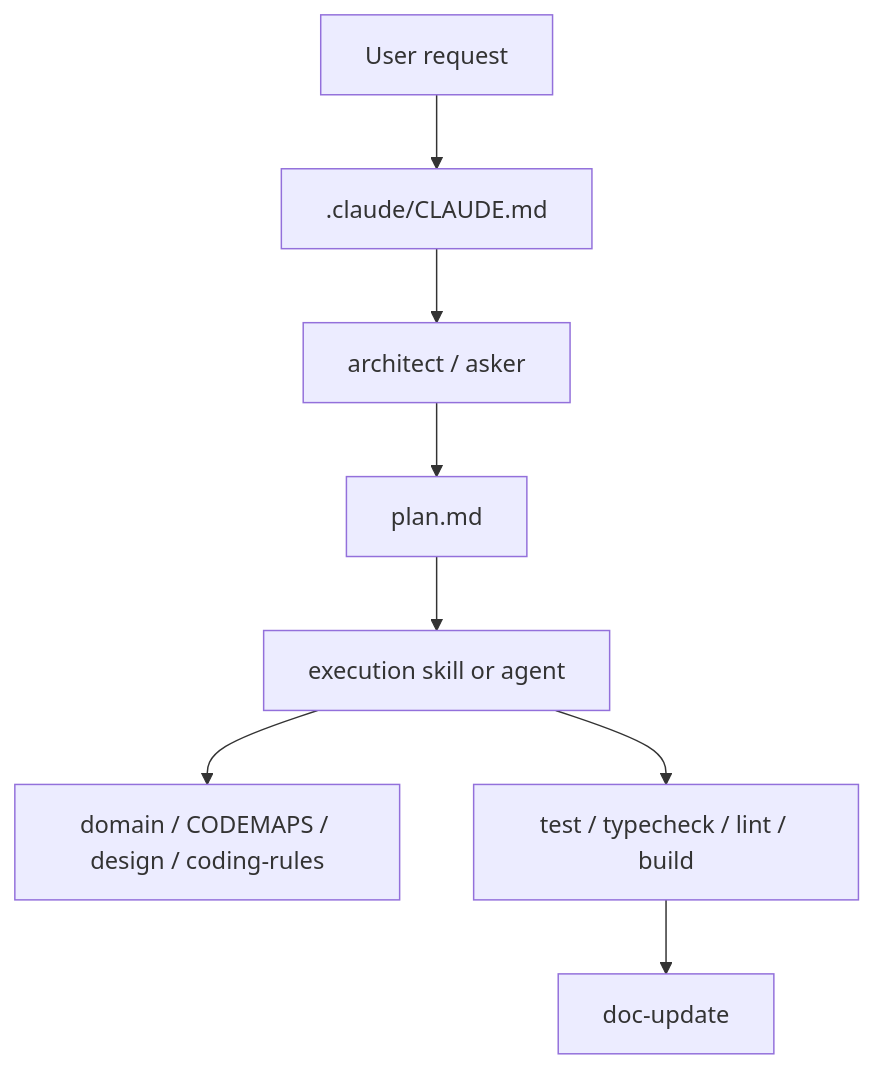
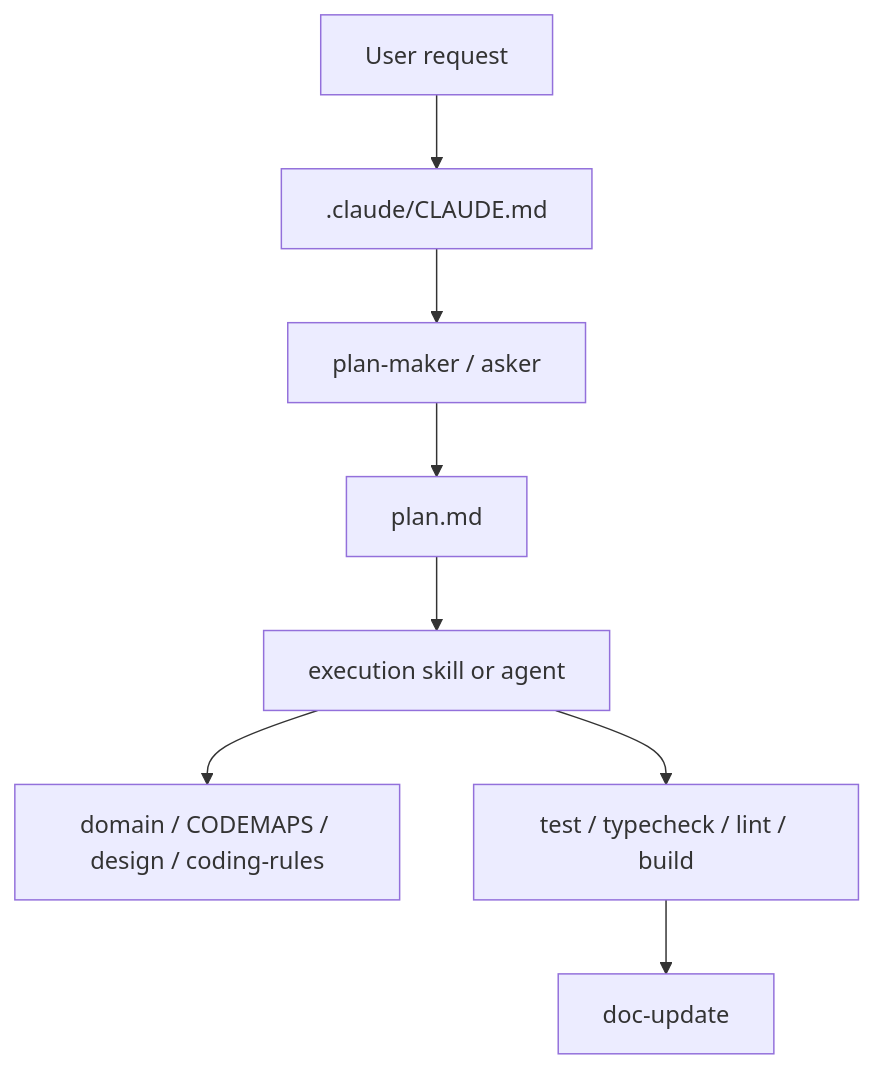
The fourth of 14 diagrams in docs/claude-code-workflow-evolution.md (SeoJaeWan/try-claude-code), drawn with Mermaid before and after one commit. The commit also changed other lines of this file and 25 other files, not shown here.

Commit message:
refactor(planning): rename architect skill to plan-maker

````diff
--- a/docs/claude-code-workflow-evolution.md
+++ b/docs/claude-code-workflow-evolution.md
@@ -189,19 +189,19 @@
 ```mermaid
 flowchart TD
     U["User request"]
     CLAUDE[".claude/CLAUDE.md"]
-    A["architect / asker"]
+    A["plan-maker / asker"]
     PLAN["plan.md"]
     EXEC["execution skill or agent"]
     REFS["domain / CODEMAPS / design / coding-rules"]
     TEST["test / typecheck / lint / build"]
     DOC["doc-update"]
 
     U --> CLAUDE
     CLAUDE --> A
     A --> PLAN
     PLAN --> EXEC
     EXEC --> REFS
     EXEC --> TEST
     TEST --> DOC
 ```
````
